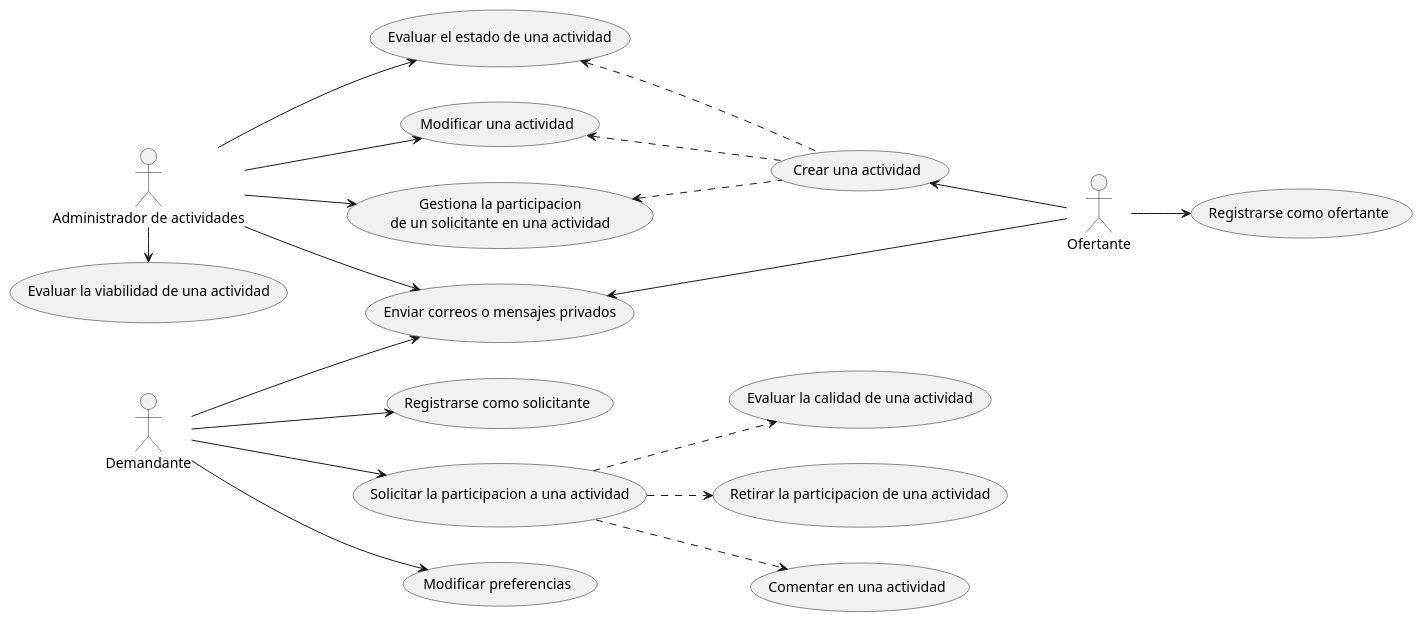
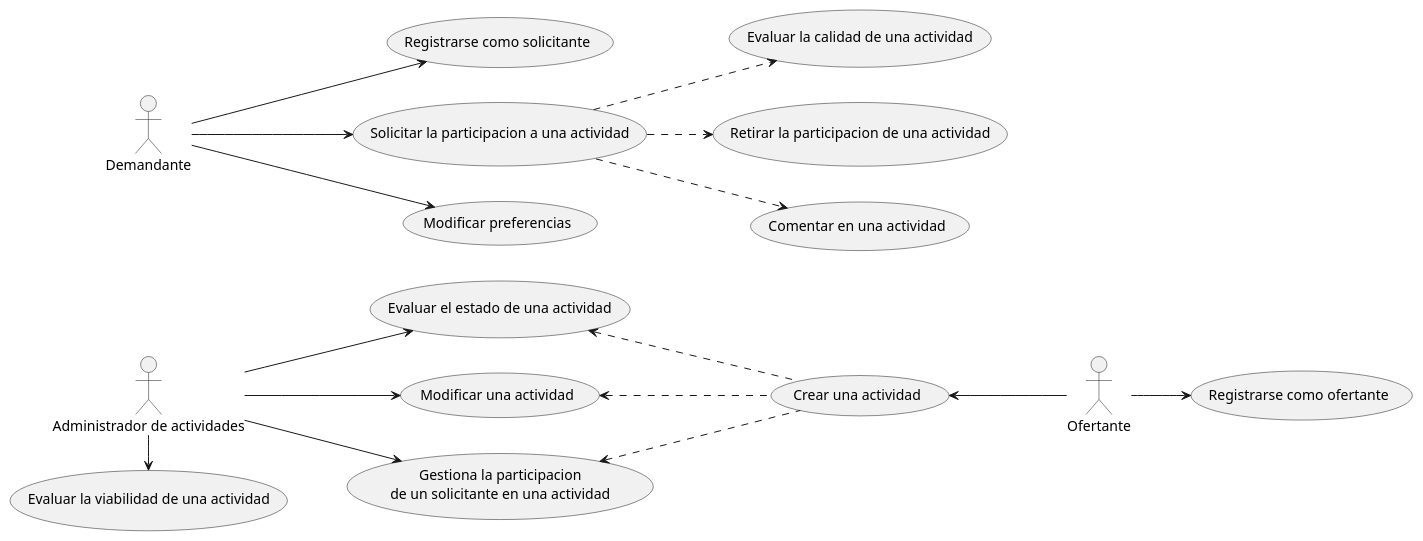
The diagram in uml/casos_de_uso.puml (CarlosRA97/AprendizajeServicioVoluntario), drawn with PlantUML before and after one commit.

```diff
--- a/uml/casos_de_uso.puml
+++ b/uml/casos_de_uso.puml
@@ -1,57 +1,50 @@
 @startuml casos_de_uso
 
 ' Actores
 actor Admin     as "Administrador de actividades"
 actor Demand    as "Demandante"
 actor Offer     as "Ofertante"
 
 ' Casos de uso
 (Registrarse como solicitante)                  as RegisterDemand
 (Registrarse como ofertante)                    as RegisterOffer
 (Solicitar la participacion a una actividad)    as RequestActivity
 (Evaluar la calidad de una actividad)           as EvaluateQuality
 (Evaluar la viabilidad de una actividad)        as EvaluateViability
-(Enviar correos o mensajes privados)            as SendMessages
 (Retirar la participacion de una actividad)     as RemoveParticipation
 (Comentar en una actividad)                     as CommentActivity
 (Modificar una actividad)                       as ModifyActivity
 (Evaluar el estado de una actividad)            as EvaluateActivityStatus
 (Crear una actividad)                           as CreateActivity
 (Modificar preferencias)                        as ModifyPrefernces
 usecase ManageParticipation as "Gestiona la participacion
 de un solicitante en una actividad"
 
 
 left to right direction
 
 ' Operaciones de Demandante
-Demand -down-> SendMessages
-
 Demand --> RegisterDemand
 Demand --> RequestActivity
 Demand --> ModifyPrefernces
 
 RequestActivity ..> EvaluateQuality
 RequestActivity ..> RemoveParticipation
 RequestActivity ..> CommentActivity
 
 ' Operaciones de Administrador
-Admin -down-> SendMessages
-
 Admin -right-> EvaluateViability
 ' Compartido con ofertante
 Admin --> ManageParticipation
 Admin --> ModifyActivity
 Admin --> EvaluateActivityStatus
 
 ' Operaciones de Ofertante
-Offer -up-> SendMessages
-
 Offer -down-> RegisterOffer
 Offer -up-> CreateActivity
 
 CreateActivity .up.> ManageParticipation
 CreateActivity .up.> ModifyActivity
 CreateActivity .up.> EvaluateActivityStatus
 
 @enduml
```
